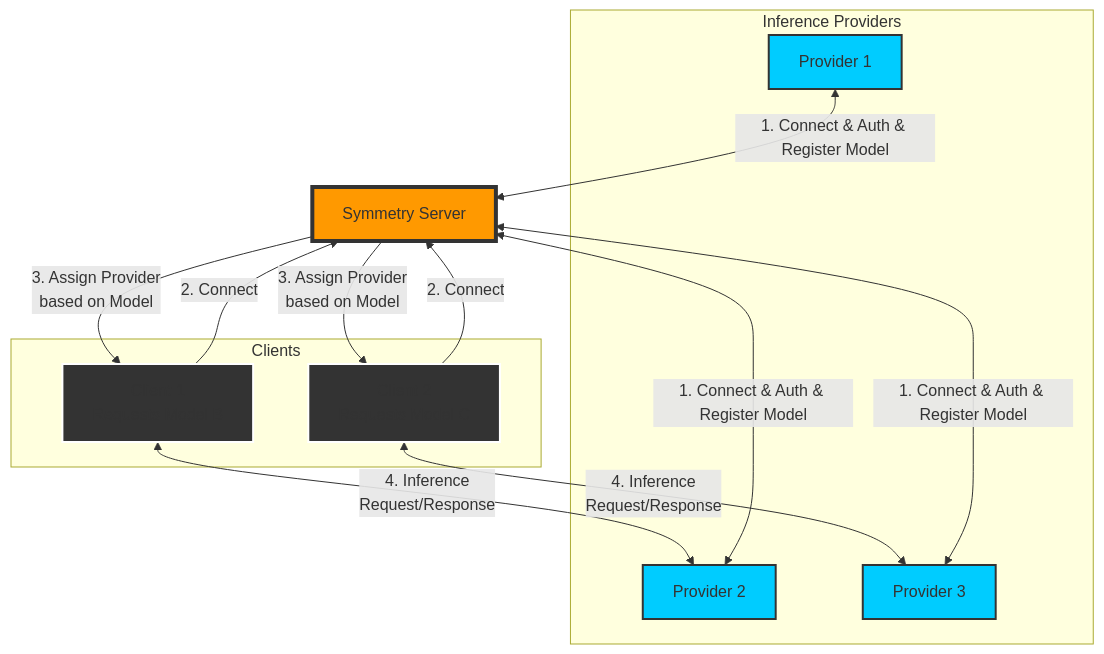
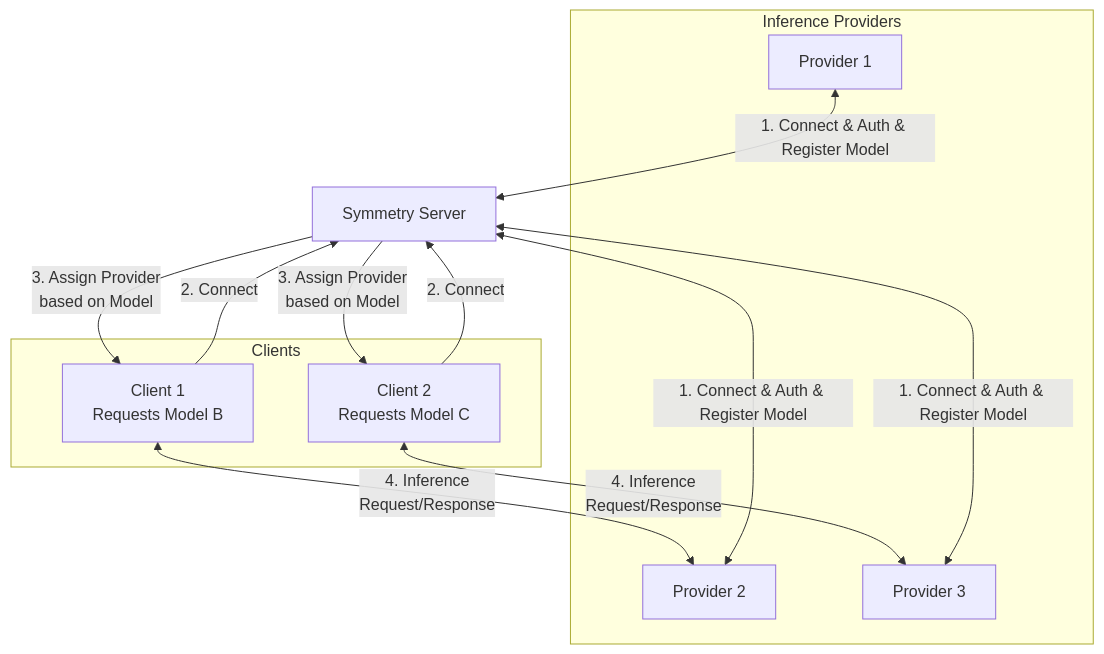
Before and after one commit to twinnydotdev/symmetry-cli: the diagram in readme.md, drawn with Mermaid. The commit also changed other lines of this file, not shown here.

````diff
--- a/readme.md
+++ b/readme.md
@@ -64,35 +67,28 @@
 ```mermaid
 graph TB
     S[Symmetry Server]
     
     subgraph "Inference Providers"
         P1[Provider 1]
         P2[Provider 2]
         P3[Provider 3]
     end
     
     subgraph "Clients"
         C1[Client 1<br/>Requests Model B]
         C2[Client 2<br/>Requests Model C]
     end
     
     P1 <--> |"1. Connect & Auth & Register Model"| S
     P2 <--> |"1. Connect & Auth & Register Model"| S
     P3 <--> |"1. Connect & Auth & Register Model"| S
     
     C1 -- "2. Connect" --> S
     C2 -- "2. Connect" --> S
     
     S -- "3. Assign Provider<br/>based on Model" --> C1
     S -- "3. Assign Provider<br/>based on Model" --> C2
     
     C1 <--> |"4. Inference<br/>Request/Response"| P2
     C2 <--> |"4. Inference<br/>Request/Response"| P3
-
-    style S fill:#ff9900,stroke:#333,stroke-width:4px
-    style P1 fill:#00ccff,stroke:#333,stroke-width:2px
-    style P2 fill:#00ccff,stroke:#333,stroke-width:2px
-    style P3 fill:#00ccff,stroke:#333,stroke-width:2px
-    style C1 fill:#333,stroke:#fff,stroke-width:2px
-    style C2 fill:#333,stroke:#fff,stroke-width:2px
 ```
````
